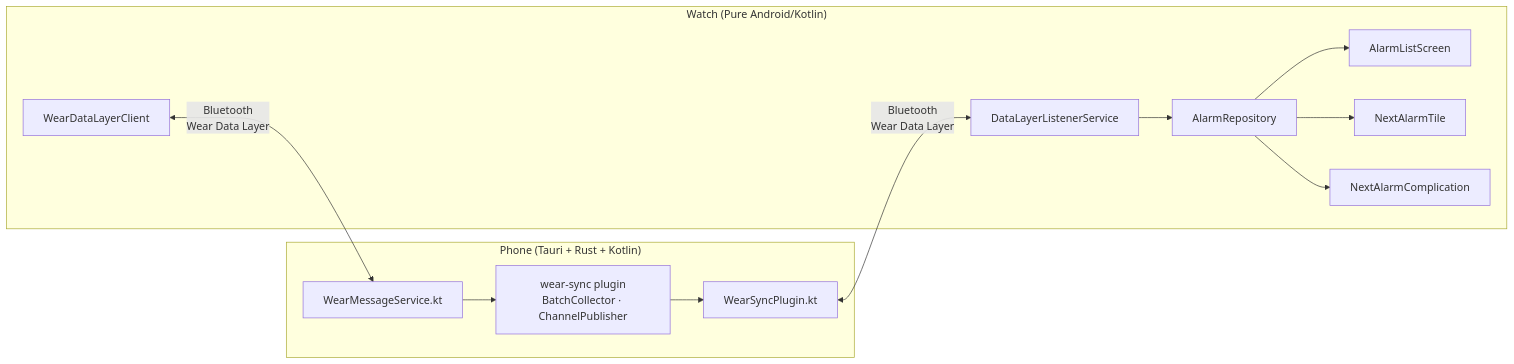
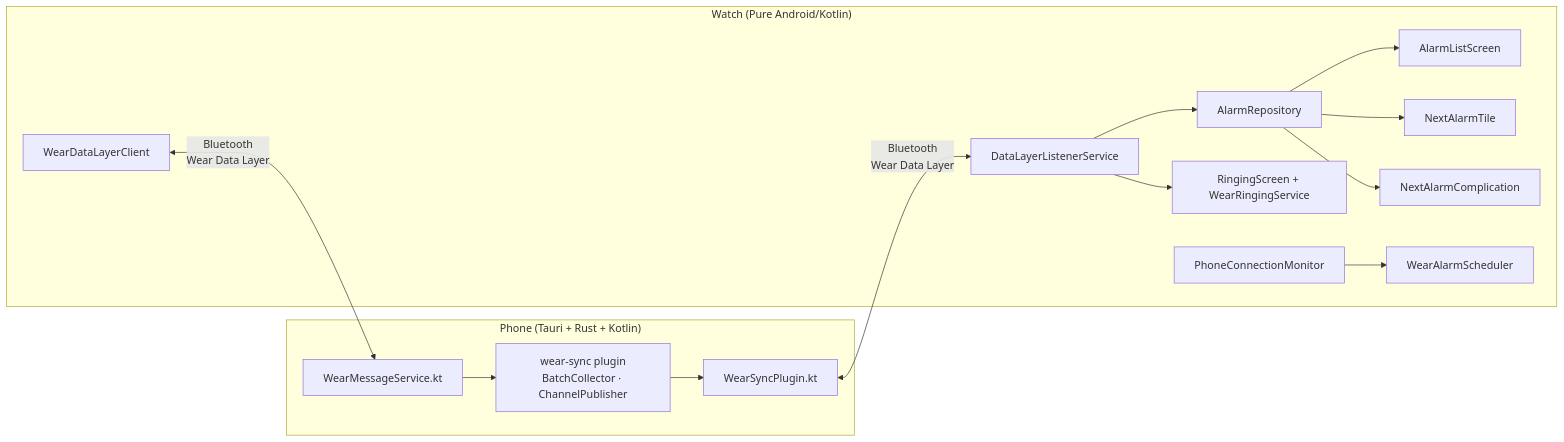
Before and after one commit to liminal-hq/threshold: the first of 5 diagrams in apps/threshold-wear/README.md, drawn with Mermaid. The commit also changed other lines of this file and 7 other files, not shown here.

First line of the commit message:
docs: update wear ringing implementation docs and add work summary

````diff
--- a/apps/threshold-wear/README.md
+++ b/apps/threshold-wear/README.md
@@ -22,25 +25,30 @@
 ```mermaid
 flowchart LR
     subgraph Phone["Phone (Tauri + Rust + Kotlin)"]
         WS[wear-sync plugin<br/>BatchCollector · ChannelPublisher]
         WSP[WearSyncPlugin.kt]
         WMS[WearMessageService.kt]
         WS --> WSP
         WMS --> WS
     end
 
     subgraph Watch["Watch (Pure Android/Kotlin)"]
         DL[DataLayerListenerService]
         AR[AlarmRepository]
         UI[AlarmListScreen]
         WDL[WearDataLayerClient]
+        RS[RingingScreen + WearRingingService]
+        PCM[PhoneConnectionMonitor]
+        WAS[WearAlarmScheduler]
         Tile[NextAlarmTile]
         Comp[NextAlarmComplication]
         DL --> AR --> UI
+        DL --> RS
         AR --> Tile
         AR --> Comp
+        PCM --> WAS
     end
 
     WSP <-->|Bluetooth<br/>Wear Data Layer| DL
     WDL <-->|Bluetooth<br/>Wear Data Layer| WMS
 ```
````
